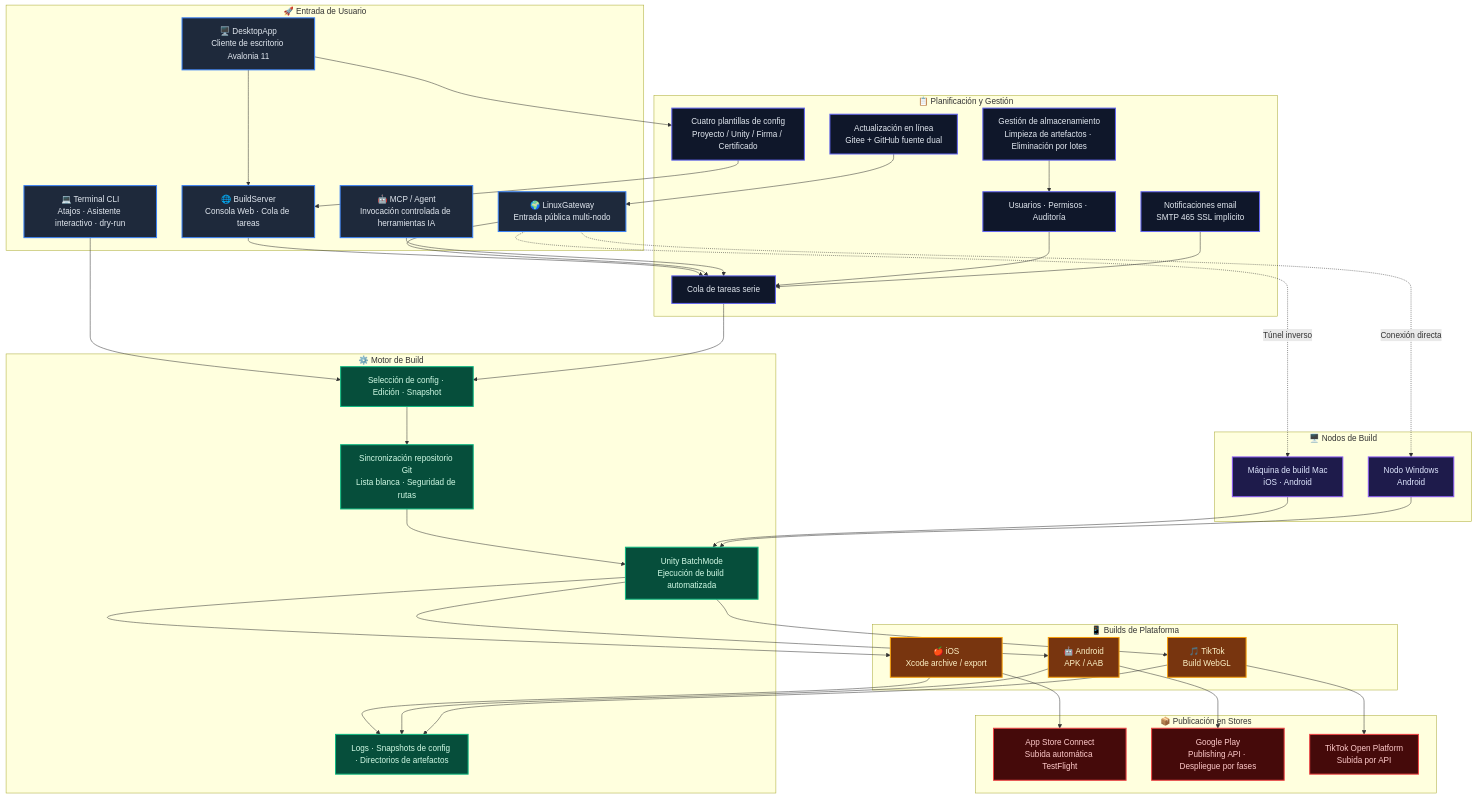
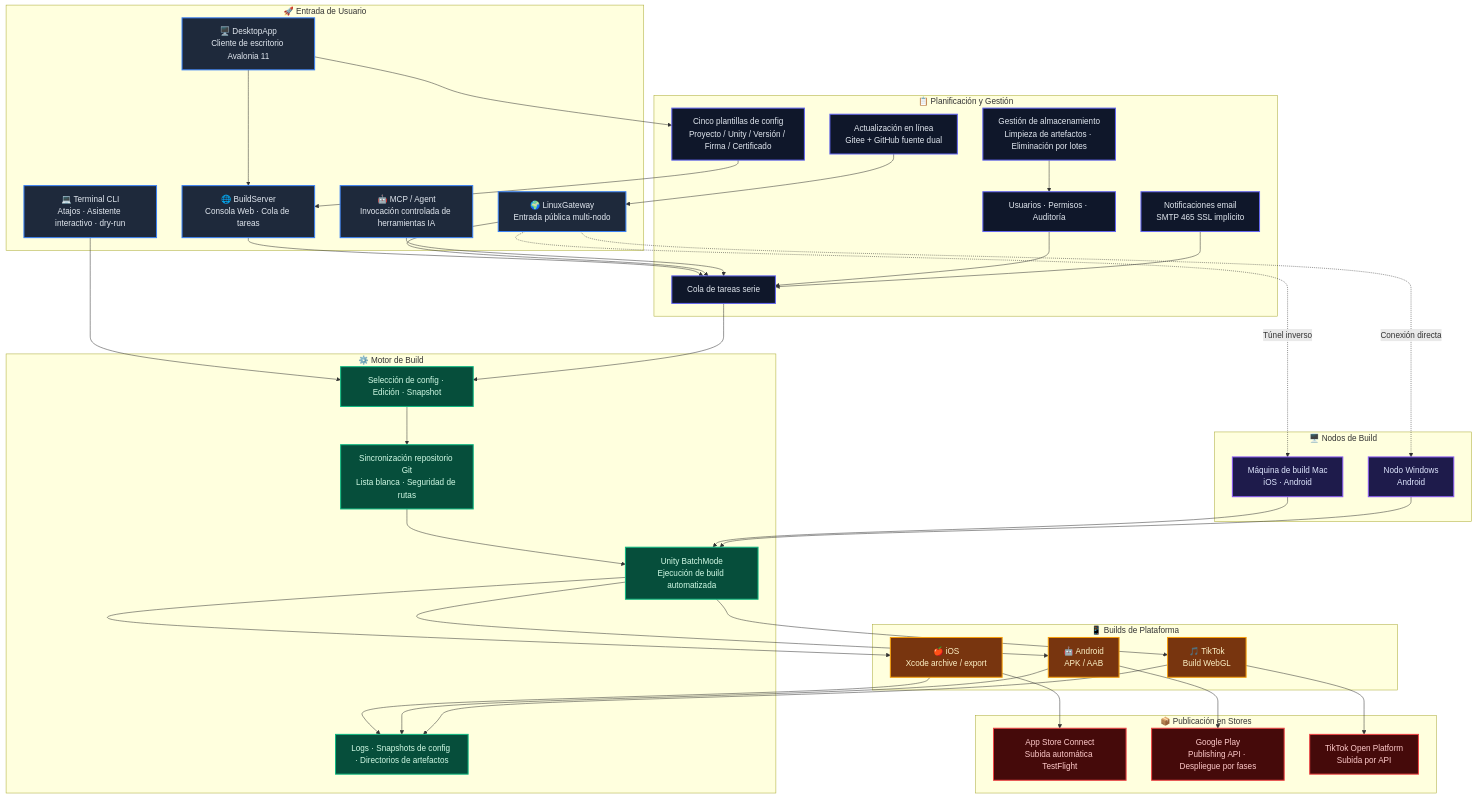
One commit to chenfengyimei/AutomationUnityBuild changed the diagram in README.es.md. Above: the diagram before and after it, drawn with Mermaid. The commit also changed other lines of this file and 6 other files, not shown here.

```diff
--- a/README.es.md
+++ b/README.es.md
@@ -128,7 +160,7 @@
         Auth["Usuarios · Permisos · Auditoría"]
         Email["Notificaciones email<br/>SMTP 465 SSL implícito"]
         Storage["Gestión de almacenamiento<br/>Limpieza de artefactos · Eliminación por lotes"]
-        Templates["Cuatro plantillas de config<br/>Proyecto / Unity / Firma / Certificado"]
+        Templates["Cinco plantillas de config<br/>Proyecto / Unity / Versión / Firma / Certificado"]
         AutoUpdate["Actualización en línea<br/>Gitee + GitHub fuente dual"]
     end
 
```
